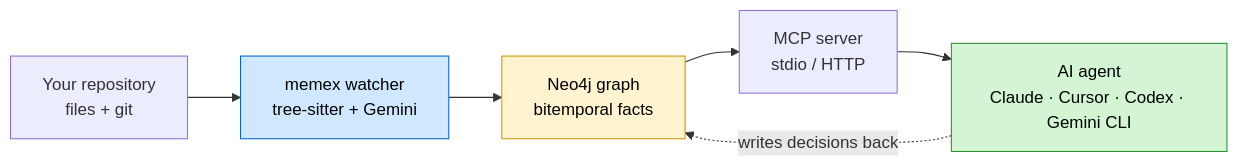
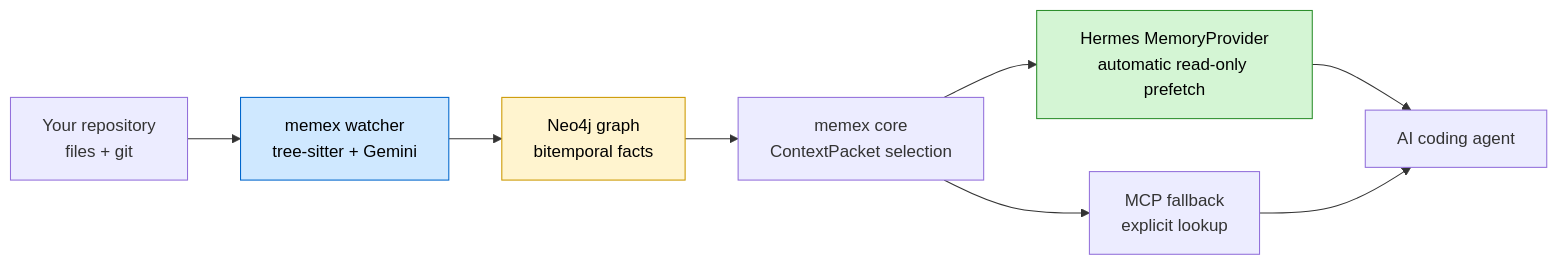
The first of 3 diagrams in README.md (STiFLeR7/memex), drawn with Mermaid before and after one commit. The commit also changed other lines of this file and 49 other files, not shown here.

````diff
--- a/README.md
+++ b/README.md
@@ -23,12 +29,14 @@
 ```mermaid
 flowchart LR
     A[Your repository<br/>files + git] --> B[memex watcher<br/>tree-sitter + Gemini]
     B --> C[Neo4j graph<br/>bitemporal facts]
-    C --> D[MCP server<br/>stdio / HTTP]
-    D --> E[AI agent<br/>Claude · Cursor · Codex · Gemini CLI]
-    E -.->|writes decisions back| C
+    C --> D[memex core<br/>ContextPacket selection]
+    D --> E[Hermes MemoryProvider<br/>automatic read-only prefetch]
+    D --> F[MCP fallback<br/>explicit lookup]
+    E --> G[AI coding agent]
+    F --> G
 
     style B fill:#cfe8ff,stroke:#0066cc,color:#000
     style C fill:#fff4cf,stroke:#cc9900,color:#000
     style E fill:#d4f5d4,stroke:#2d8f2d,color:#000
 ```
````
